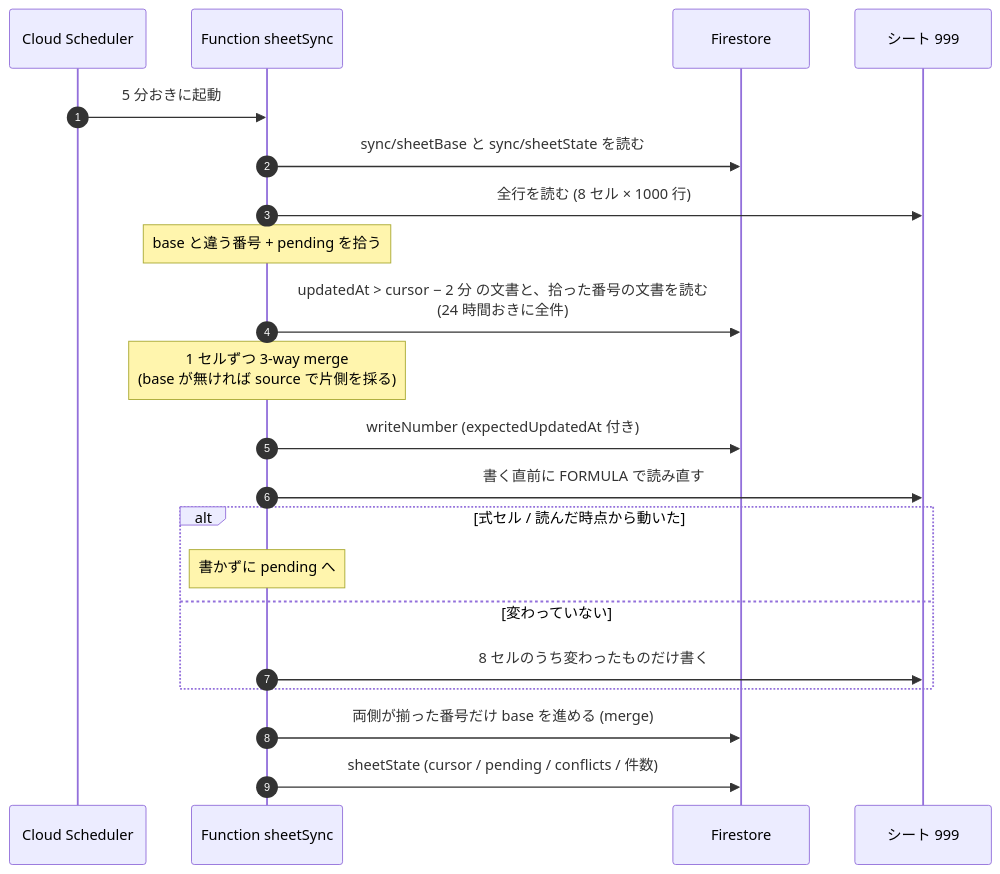
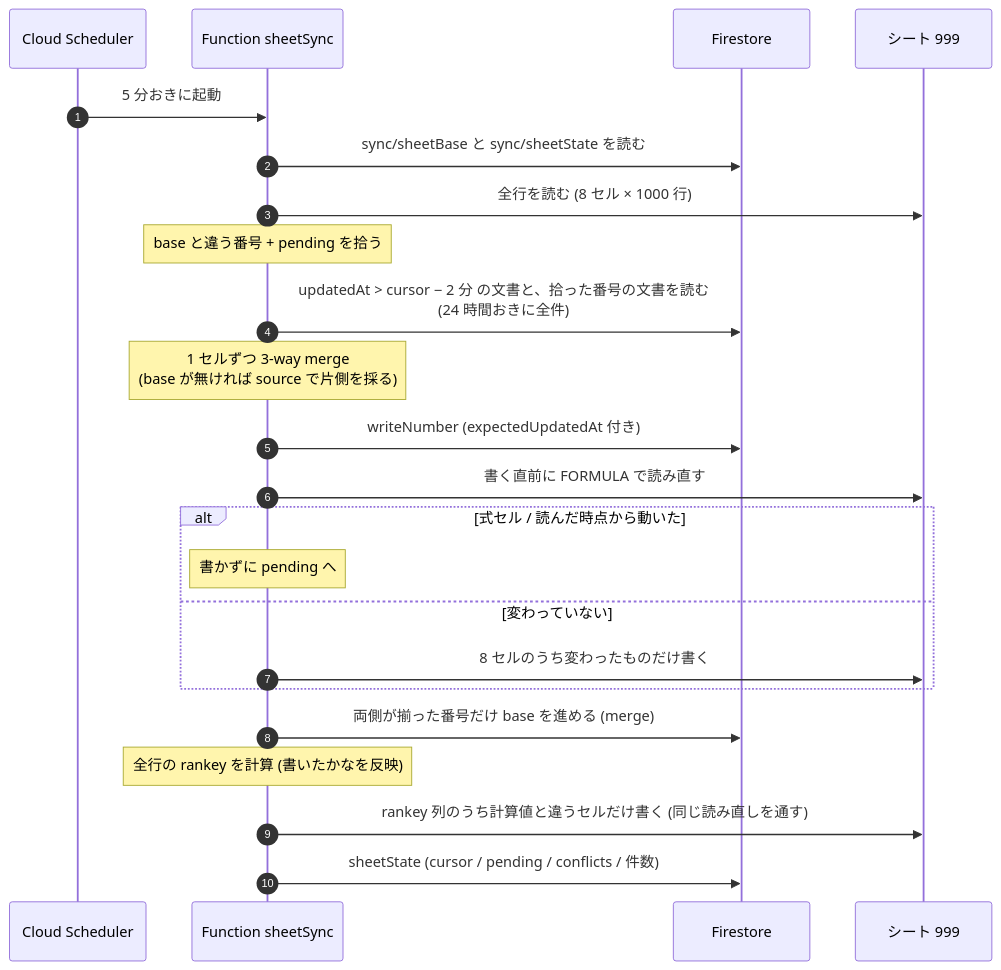
Before and after one commit to elzup/999: the first of 2 diagrams in .vsdd/firestore-store/specs/design-sheet-bisync.md, drawn with Mermaid. The commit also changed other lines of this file and 10 other files, not shown here.

````diff
--- a/.vsdd/firestore-store/specs/design-sheet-bisync.md
+++ b/.vsdd/firestore-store/specs/design-sheet-bisync.md
@@ -53,24 +59,26 @@
 ```mermaid
 sequenceDiagram
   autonumber
   participant Sch as Cloud Scheduler
   participant Fn as Function sheetSync
   participant FS as Firestore
   participant Sh as シート 999
 
   Sch->>Fn: 5 分おきに起動
   Fn->>FS: sync/sheetBase と sync/sheetState を読む
   Fn->>Sh: 全行を読む (8 セル × 1000 行)
   Note over Fn: base と違う番号 + pending を拾う
   Fn->>FS: updatedAt > cursor − 2 分 の文書と、拾った番号の文書を読む<br/>(24 時間おきに全件)
   Note over Fn: 1 セルずつ 3-way merge<br/>(base が無ければ source で片側を採る)
   Fn->>FS: writeNumber (expectedUpdatedAt 付き)
   Fn->>Sh: 書く直前に FORMULA で読み直す
   alt 式セル / 読んだ時点から動いた
     Note over Fn: 書かずに pending へ
   else 変わっていない
     Fn->>Sh: 8 セルのうち変わったものだけ書く
   end
   Fn->>FS: 両側が揃った番号だけ base を進める (merge)
+  Note over Fn: 全行の rankey を計算 (書いたかなを反映)
+  Fn->>Sh: rankey 列のうち計算値と違うセルだけ書く (同じ読み直しを通す)
   Fn->>FS: sheetState (cursor / pending / conflicts / 件数)
 ```
````
